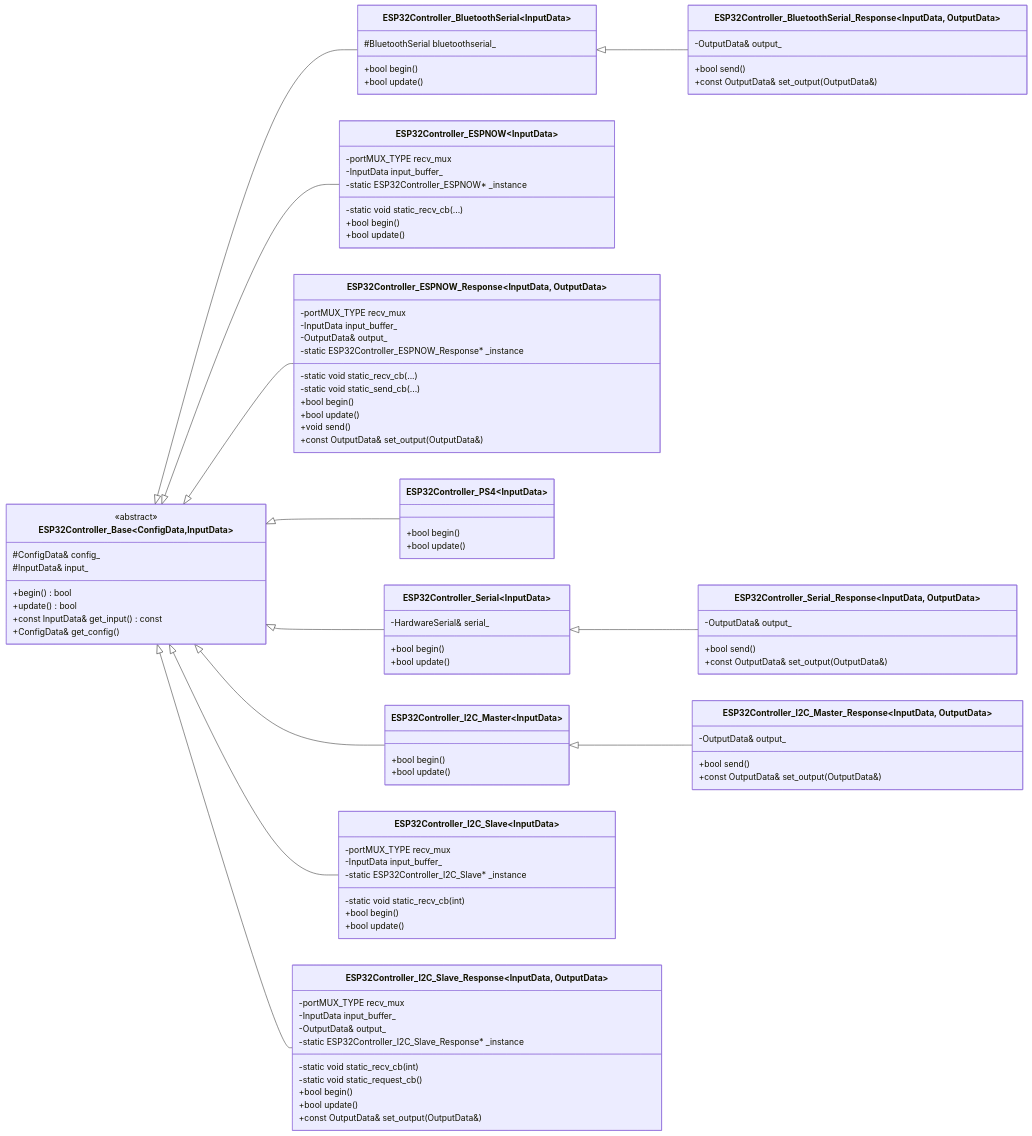
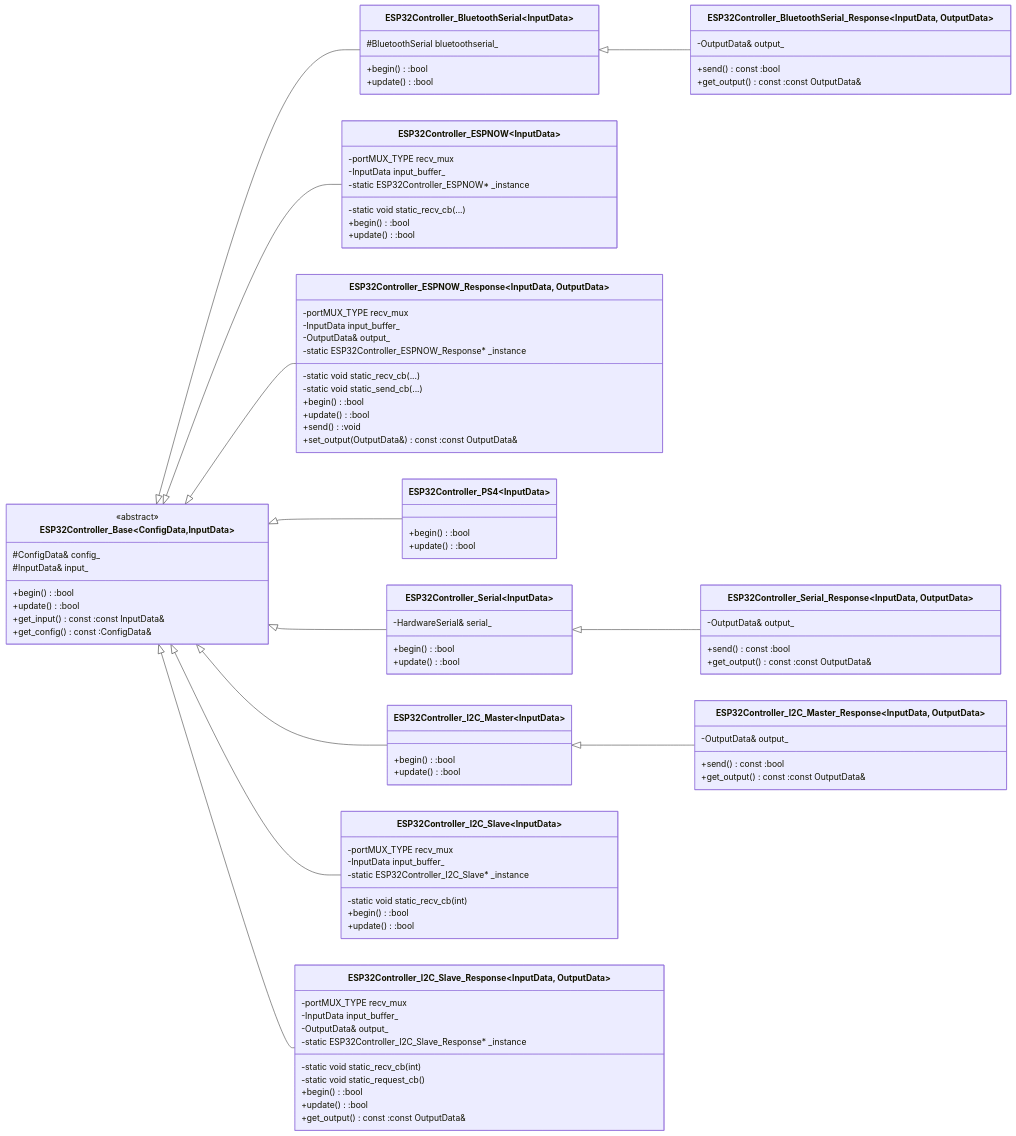
The second of 2 diagrams in README.md (Tomoooji/esp32-controller), drawn with Mermaid before and after one commit. The commit also changed other lines of this file, not shown here.

```diff
--- a/README.md
+++ b/README.md
@@ -200,22 +200,22 @@
         <<abstract>>
         #ConfigData& config_
         #InputData& input_
-        +begin() bool
-        +update() bool
-        +const InputData& get_input() const
-        +ConfigData& get_config()
+        +begin() :bool
+        +update() :bool
+        +get_input() const :const InputData&
+        +get_config() const :ConfigData&
     }
 
     class ESP32Controller_BluetoothSerial~InputData~ {
         #BluetoothSerial bluetoothserial_
-        +bool begin()
-        +bool update()
+        +begin() :bool
+        +update() :bool
     }
 
     class ESP32Controller_BluetoothSerial_Response~InputData, OutputData~ {
         -OutputData& output_
-        +bool send()
-        +const OutputData& set_output(OutputData&)
+        +send() const :bool
+        +get_output() const :const OutputData&
     }
 
     class ESP32Controller_ESPNOW~InputData~ {
@@ -223,8 +223,8 @@
         -InputData input_buffer_
         -static ESP32Controller_ESPNOW* _instance
         -static void static_recv_cb(...)
-        +bool begin()
-        +bool update()
+        +begin() :bool
+        +update() :bool
     }
 
     class ESP32Controller_ESPNOW_Response~InputData, OutputData~ {
@@ -234,38 +234,38 @@
         -static ESP32Controller_ESPNOW_Response* _instance
         -static void static_recv_cb(...)
         -static void static_send_cb(...)
-        +bool begin()
-        +bool update()
-        +void send()
-        +const OutputData& set_output(OutputData&)
+        +begin() :bool 
+        +update() :bool
+        +send() :void
+        +set_output(OutputData&) const :const OutputData&
     }
 
     class ESP32Controller_PS4~InputData~ {
-        +bool begin()
-        +bool update()
+        +begin() :bool
+        +update() :bool
     }
 
     class ESP32Controller_Serial~InputData~ {
         -HardwareSerial& serial_
-        +bool begin()
-        +bool update()
+        +begin() :bool
+        +update() :bool
     }
 
     class ESP32Controller_Serial_Response~InputData, OutputData~ {
         -OutputData& output_
-        +bool send()
-        +const OutputData& set_output(OutputData&)
+        +send() const :bool
+        +get_output() const :const OutputData&
     }
 
     class ESP32Controller_I2C_Master~InputData~ {
-        +bool begin()
-        +bool update()
+        +begin() :bool
+        +update() :bool
     }
 
     class ESP32Controller_I2C_Master_Response~InputData, OutputData~ {
         -OutputData& output_
-        +bool send()
-        +const OutputData& set_output(OutputData&)
+        +send() const :bool
+        +get_output() const :const OutputData&
     }
 
     class ESP32Controller_I2C_Slave~InputData~ {
@@ -273,8 +273,8 @@
         -InputData input_buffer_
         -static ESP32Controller_I2C_Slave* _instance
         -static void static_recv_cb(int)
-        +bool begin()
-        +bool update()
+        +begin() :bool
+        +update() :bool
     }
 
     class ESP32Controller_I2C_Slave_Response~InputData, OutputData~ {
@@ -284,9 +284,9 @@
         -static ESP32Controller_I2C_Slave_Response* _instance
         -static void static_recv_cb(int)
         -static void static_request_cb()
-        +bool begin()
-        +bool update()
-        +const OutputData& set_output(OutputData&)
+        +begin() :bool
+        +update() :bool
+        +get_output() const :const OutputData&
     }
 
     ESP32Controller_Base <|-- ESP32Controller_BluetoothSerial
```
